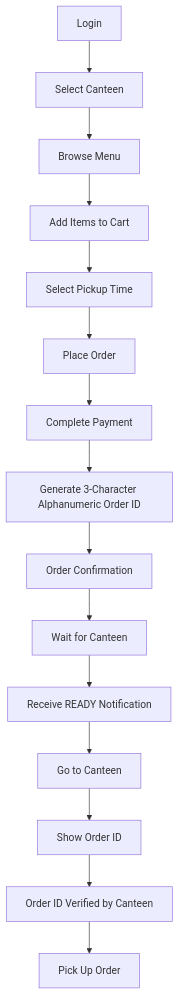
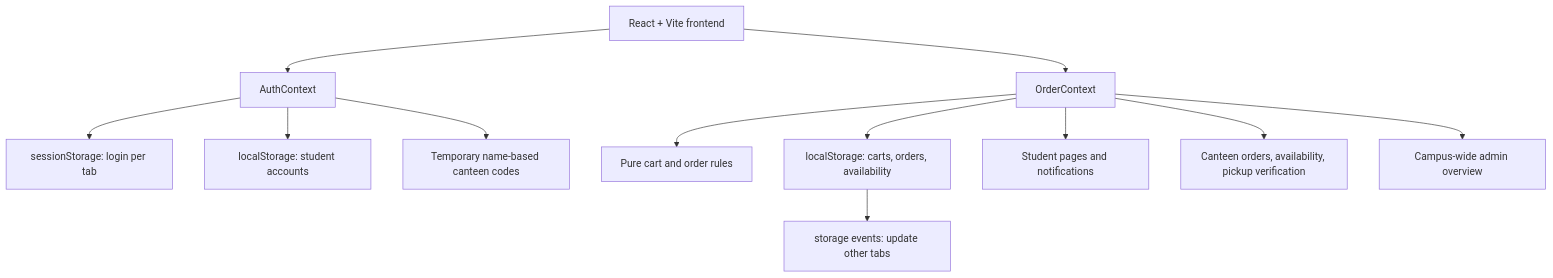
The first of 3 diagrams in architecture.md (muskann9031-debug/Build_BV), drawn with Mermaid before and after one commit. The commit also changed other lines of this file and 26 other files, not shown here.

Commit message:
Updated system architecture to reflect implemented features, including authentication and order management.

````diff
--- a/architecture.md
+++ b/architecture.md
@@ -17,17 +5,14 @@
-``` mermaid
+```mermaid
 flowchart TD
-    A[Login] --> B[Select Canteen]
-    B --> C[Browse Menu]
-    C --> D[Add Items to Cart]
-    D --> E[Select Pickup Time]
-    E --> F[Place Order]
-    F --> G[Complete Payment]
-    G --> H[Generate 3-Character Alphanumeric Order ID]
-    H --> I[Order Confirmation]
-    I --> J[Wait for Canteen]
-    J --> K[Receive READY Notification]
-    K --> L[Go to Canteen]
-    L --> M[Show Order ID]
-    M --> N[Order ID Verified by Canteen]
-    N --> O[Pick Up Order]
+    UI[React + Vite frontend] --> Auth[AuthContext]
+    UI --> Orders[OrderContext]
+    Auth --> Session[sessionStorage: login per tab]
+    Auth --> Accounts[localStorage: student accounts]
+    Auth --> Codes[Temporary name-based canteen codes]
+    Orders --> Rules[Pure cart and order rules]
+    Orders --> Storage[localStorage: carts, orders, availability]
+    Storage --> Sync[storage events: update other tabs]
+    Orders --> Student[Student pages and notifications]
+    Orders --> Canteen[Canteen orders, availability, pickup verification]
+    Orders --> Admin[Campus-wide admin overview]
 ```
````
